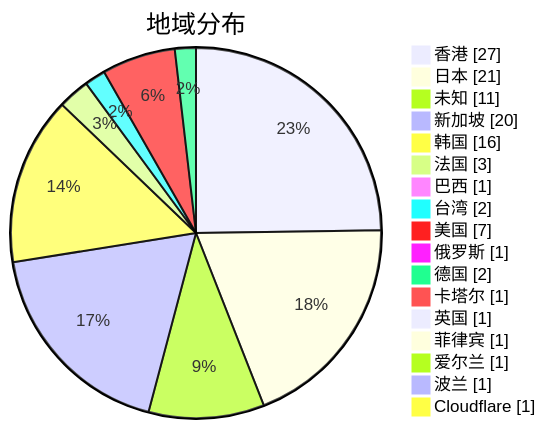
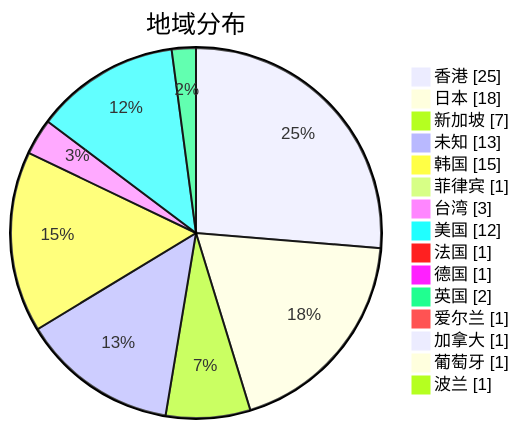
One commit to qjlxg/airport changed the second of 3 diagrams in subs/statistics/tested_within.md. Above: the diagram before and after it, drawn with Mermaid. The commit also changed other lines of this file and 2 other files, not shown here.

Commit message:
Tested by metaST

````diff
--- a/subs/statistics/tested_within.md
+++ b/subs/statistics/tested_within.md
@@ -12,21 +10,19 @@
 ```mermaid
 pie showData
 title 地域分布
-"香港" : 27
-"日本" : 21
-"未知" : 11
-"新加坡" : 20
-"韩国" : 16
-"法国" : 3
-"巴西" : 1
-"台湾" : 2
-"美国" : 7
-"俄罗斯" : 1
-"德国" : 2
-"卡塔尔" : 1
-"英国" : 1
+"香港" : 25
+"日本" : 18
+"新加坡" : 7
+"未知" : 13
+"韩国" : 15
 "菲律宾" : 1
+"台湾" : 3
+"美国" : 12
+"法国" : 1
+"德国" : 1
+"英国" : 2
 "爱尔兰" : 1
+"加拿大" : 1
+"葡萄牙" : 1
 "波兰" : 1
-"Cloudflare" : 1
 ```
````
